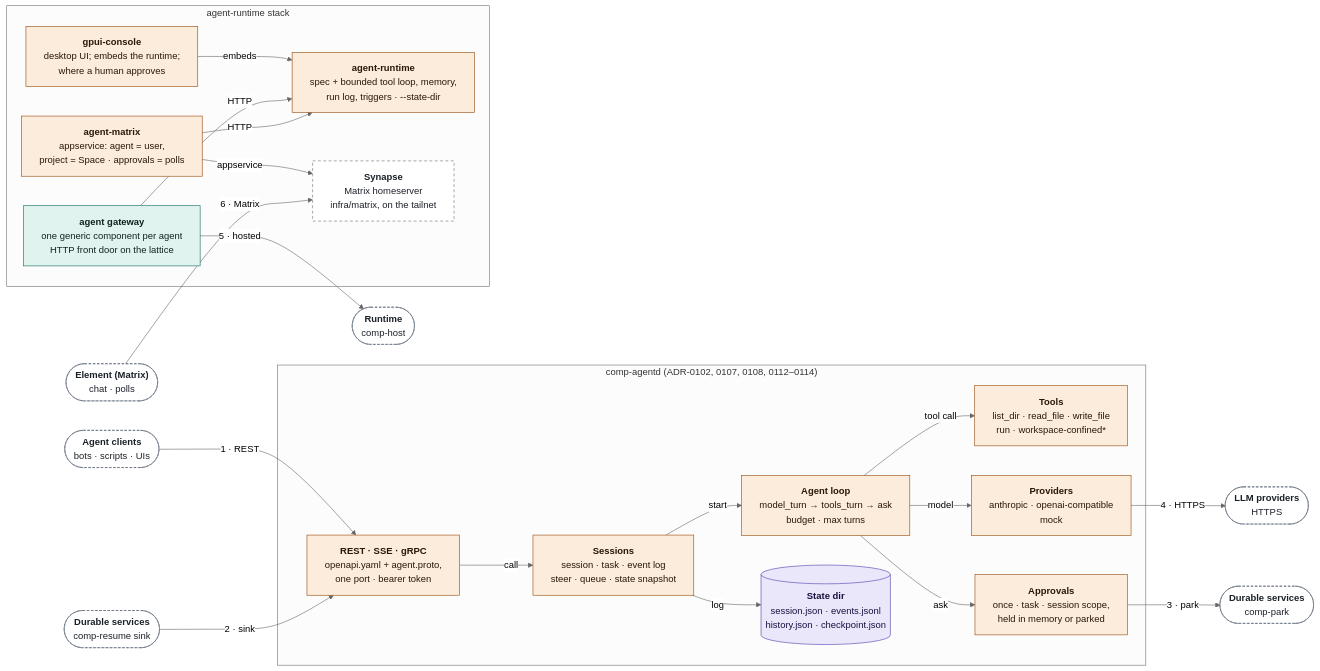
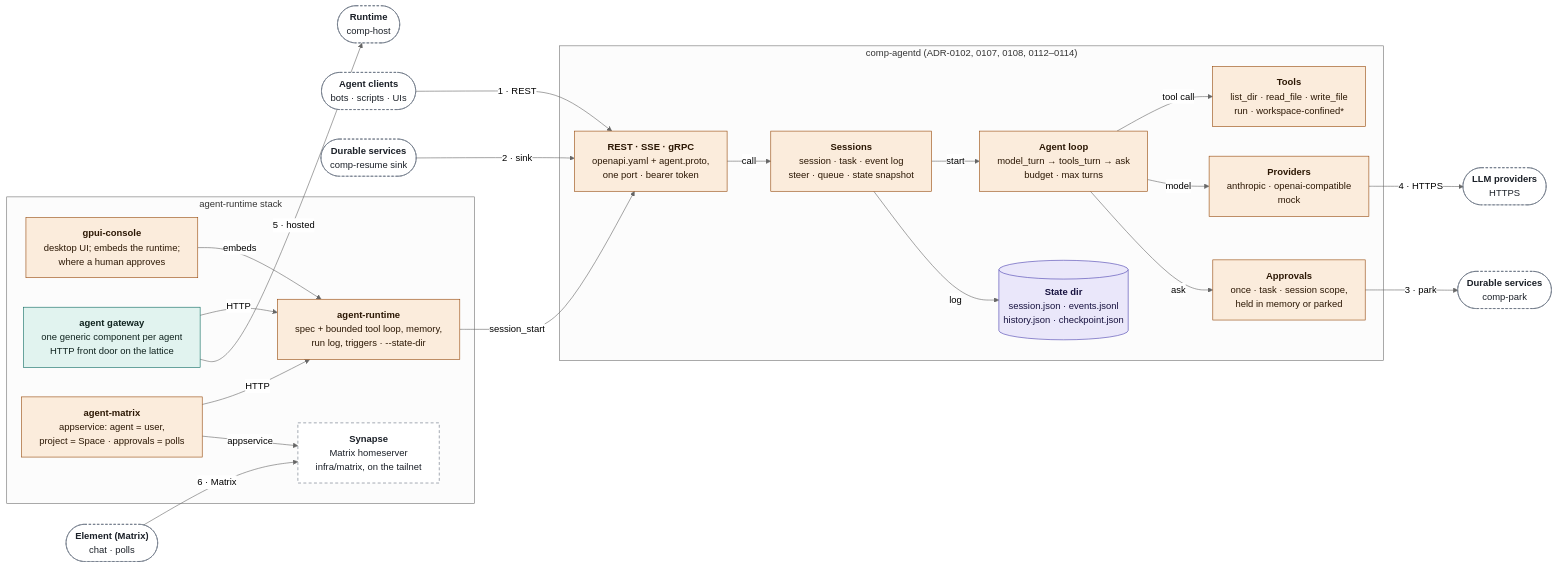
The eighth of 11 diagrams in docs/ARCHITECTURE.md (markkovari/holon), drawn with Mermaid (neutral theme) before and after one commit. The commit also changed other lines of this file and 67 other files, not shown here.

First line of the commit message:
feat: an agent can start a coding session, and the board that shows it (ADR-0119) (#393)

````diff
--- a/docs/ARCHITECTURE.md
+++ b/docs/ARCHITECTURE.md
@@ -536,49 +536,50 @@
 ```mermaid
 %%{init: {"flowchart": {"wrappingWidth": 360}}}%%
 flowchart LR
   classDef wasm fill:#e1f3ef,stroke:#0a6a5f,color:#10231f
   classDef native fill:#fbecdc,stroke:#954709,color:#2b1704
   classDef store fill:#eae7fa,stroke:#4a3fb0,color:#17123f
   classDef actor fill:#e4ebf7,stroke:#2a4977,color:#0f1d33
   classDef spec fill:#eef1f5,stroke:#465160,color:#1b2028
   classDef ext fill:#ffffff,stroke:#667180,color:#1b2028,stroke-dasharray:5 4
   classDef ghost fill:#ffffff,stroke:#667180,color:#1b2028,stroke-dasharray:4 3
   subgraph grp_ad["comp-agentd (ADR-0102, 0107, 0108, 0112–0114)"]
     n_tools["<b>Tools</b><br/>list_dir · read_file · write_file<br/>run · workspace-confined*"]:::native
     n_api["<b>REST · SSE · gRPC</b><br/>openapi.yaml + agent.proto,<br/>one port · bearer token"]:::native
     n_sess["<b>Sessions</b><br/>session · task · event log<br/>steer · queue · state snapshot"]:::native
     n_loop["<b>Agent loop</b><br/>model_turn → tools_turn → ask<br/>budget · max turns"]:::native
     n_prov["<b>Providers</b><br/>anthropic · openai-compatible<br/>mock"]:::native
     n_disk[("<b>State dir</b><br/>session.json · events.jsonl<br/>history.json · checkpoint.json")]:::store
     n_appr["<b>Approvals</b><br/>once · task · session scope,<br/>held in memory or parked"]:::native
   end
   subgraph grp_ar["agent-runtime stack"]
     n_gpui["<b>gpui-console</b><br/>desktop UI; embeds the runtime;<br/>where a human approves"]:::native
     n_rt["<b>agent-runtime</b><br/>spec + bounded tool loop, memory,<br/>run log, triggers · --state-dir"]:::native
     n_gw["<b>agent gateway</b><br/>one generic component per agent<br/>HTTP front door on the lattice"]:::wasm
     n_syn["<b>Synapse</b><br/>Matrix homeserver<br/>infra/matrix, on the tailnet"]:::ext
     n_mx["<b>agent-matrix</b><br/>appservice: agent = user,<br/>project = Space · approvals = polls"]:::native
   end
   n_g_cl(["<b>Agent clients</b><br/>bots · scripts · UIs"]):::ghost
   n_g_res(["<b>Durable services</b><br/>comp-resume sink"]):::ghost
   n_g_park(["<b>Durable services</b><br/>comp-park"]):::ghost
   n_g_llm(["<b>LLM providers</b><br/>HTTPS"]):::ghost
   n_g_run(["<b>Runtime</b><br/>comp-host"]):::ghost
   n_g_el(["<b>Element (Matrix)</b><br/>chat · polls"]):::ghost
   n_api -- "call" --> n_sess
   n_sess -- "start" --> n_loop
   n_loop -- "tool call" --> n_tools
   n_loop -- "model" --> n_prov
   n_loop -- "ask" --> n_appr
   n_sess -- "log" --> n_disk
   n_gpui -- "embeds" --> n_rt
   n_gw -- "HTTP" --> n_rt
   n_mx -- "HTTP" --> n_rt
   n_mx -- "appservice" --> n_syn
+  n_rt -- "session_start" --> n_api
   n_g_cl -- "1 · REST" --> n_api
   n_g_res -- "2 · sink" --> n_api
   n_appr -- "3 · park" --> n_g_park
   n_prov -- "4 · HTTPS" --> n_g_llm
   n_gw -- "5 · hosted" --> n_g_run
   n_g_el -- "6 · Matrix" --> n_syn
 ```
````
